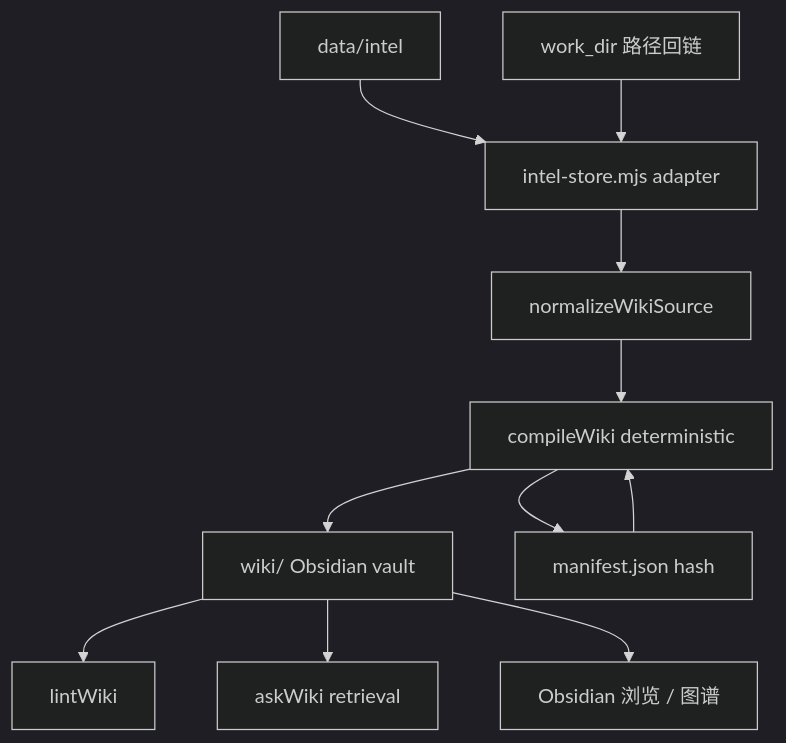
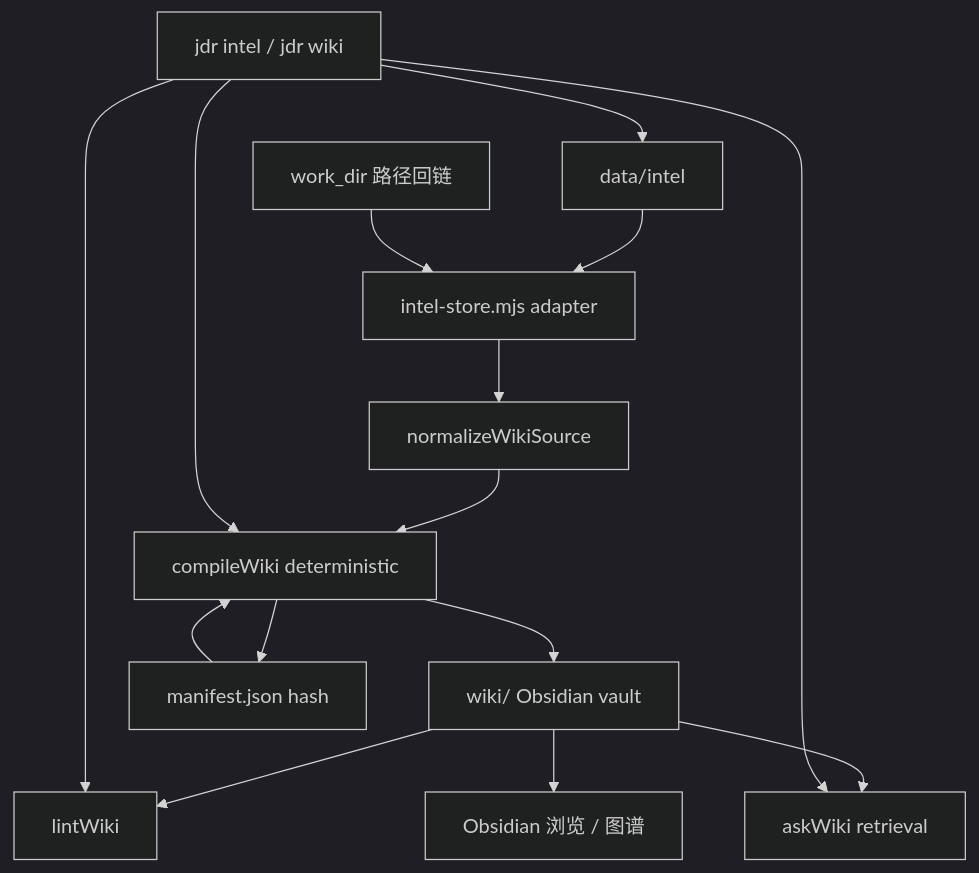
Before and after one commit to imjszhang/js-deepresearch-agent: the diagram in journal/2026-05-26/js-wiki-engine.md, drawn with Mermaid (dark theme). The commit also changed other lines of this file and 3 other files, not shown here.

First line of the commit message:
Implement CLI commands for intel and wiki management

````diff
--- a/journal/2026-05-26/js-wiki-engine.md
+++ b/journal/2026-05-26/js-wiki-engine.md
@@ -70,13 +70,17 @@
 ```mermaid
 flowchart TD
   IntelStore["data/intel"] --> Adapter["intel-store.mjs adapter"]
   WorkDir["work_dir 路径回链"] --> Adapter
   Adapter --> Normalized["normalizeWikiSource"]
   Normalized --> Compiler["compileWiki deterministic"]
   Compiler --> Vault["wiki/ Obsidian vault"]
   Manifest["manifest.json hash"] --> Compiler
   Compiler --> Manifest
   Vault --> Lint["lintWiki"]
   Vault --> Ask["askWiki retrieval"]
   Vault --> Obsidian["Obsidian 浏览 / 图谱"]
+  CLI["jdr intel / jdr wiki"] --> IntelStore
+  CLI --> Compiler
+  CLI --> Lint
+  CLI --> Ask
 ```
````
